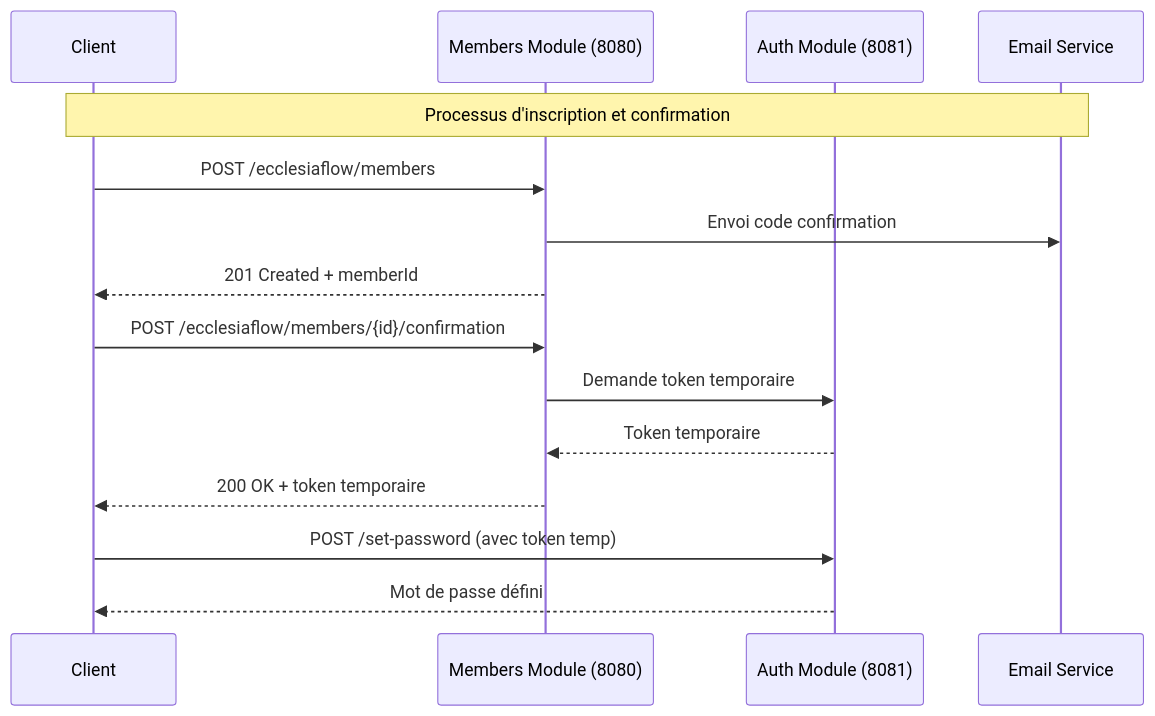
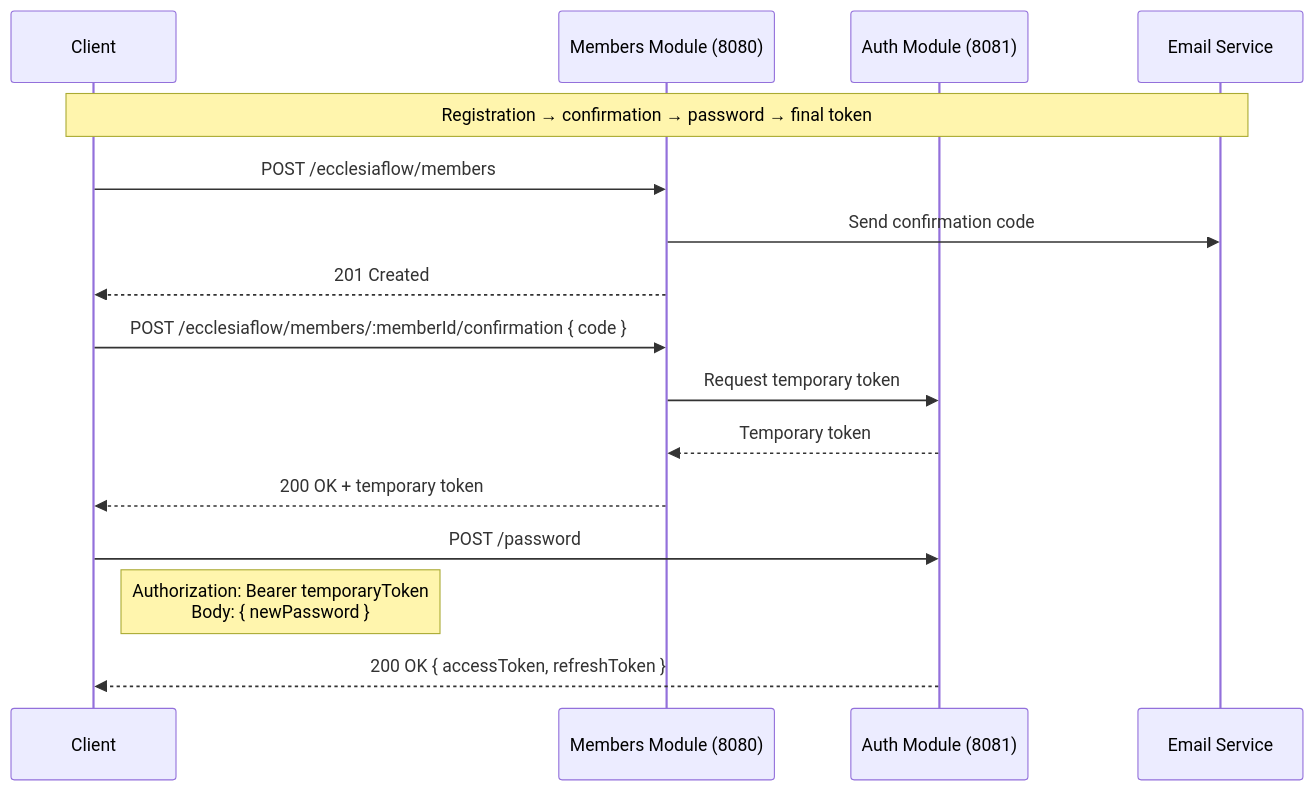
One commit to GYOM15/ecclesiaflow-members-module changed the diagram in README.md. Above: the diagram before and after it, drawn with Mermaid. The commit also changed other lines of this file, not shown here.

````diff
--- a/README.md
+++ b/README.md
@@ -46,21 +46,22 @@
 ```mermaid
 sequenceDiagram
     participant Client
     participant Members as Members Module (8080)
     participant Auth as Auth Module (8081)
     participant Email as Email Service
 
-    Note over Client,Email: Processus d'inscription et confirmation
+    Note over Client,Email: Registration → confirmation → password → final token
 
     Client->>Members: POST /ecclesiaflow/members
-    Members->>Email: Envoi code confirmation
-    Members-->>Client: 201 Created + memberId
+    Members->>Email: Send confirmation code
+    Members-->>Client: 201 Created
 
-    Client->>Members: POST /ecclesiaflow/members/{id}/confirmation
-    Members->>Auth: Demande token temporaire
-    Auth-->>Members: Token temporaire
-    Members-->>Client: 200 OK + token temporaire
+    Client->>Members: POST /ecclesiaflow/members/:memberId/confirmation { code }
+    Members->>Auth: Request temporary token
+    Auth-->>Members: Temporary token
+    Members-->>Client: 200 OK + temporary token
 
-    Client->>Auth: POST /set-password (avec token temp)
-    Auth-->>Client: Mot de passe défini
+    Client->>Auth: POST /password
+    Note right of Client: Authorization: Bearer temporaryToken<br/>Body: { newPassword }
+    Auth-->>Client: 200 OK { accessToken, refreshToken }
 ```
````
